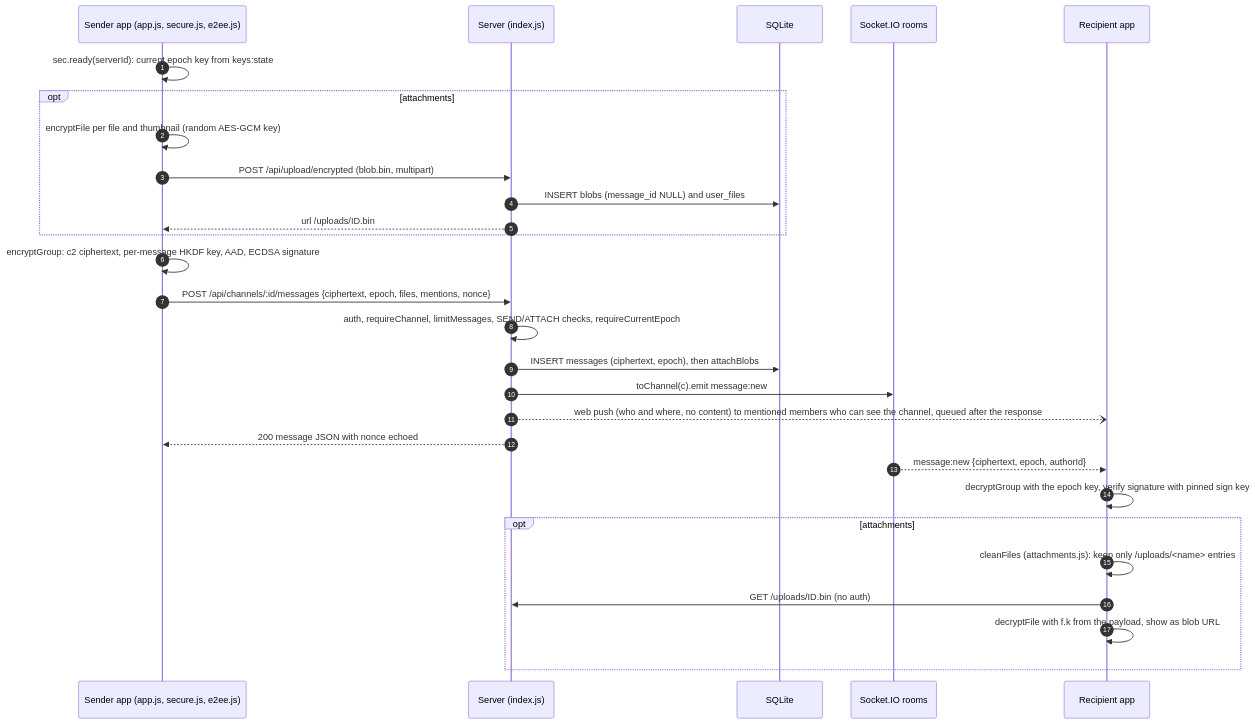
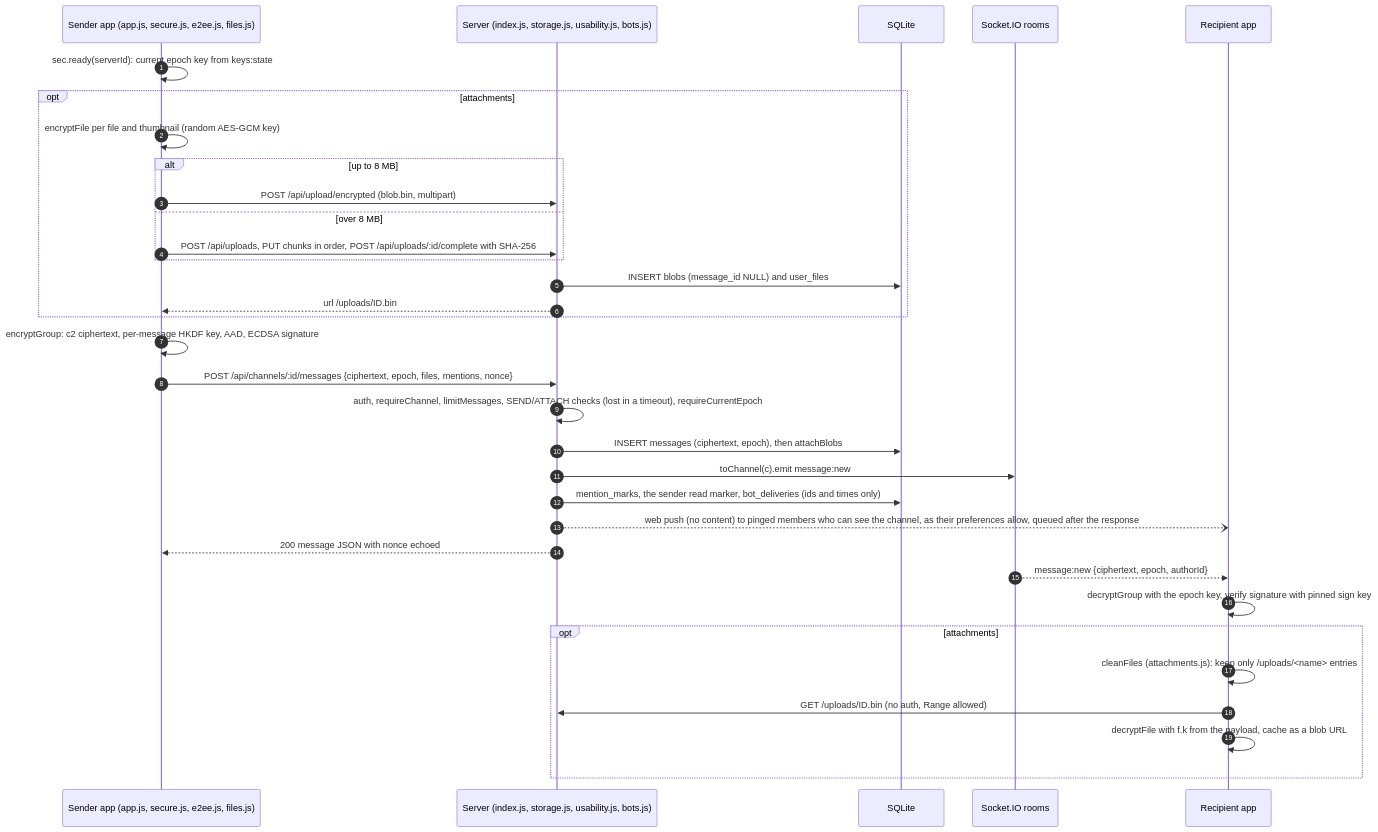
Before and after one commit to Pandabear445/Pandabear445.github.io: the second of 2 diagrams in hearth/docs/ARCHITECTURE.md, drawn with Mermaid. The commit also changed other lines of this file and 5 other files, not shown here.

First line of the commit message:
Docs and safety: architecture and route inventory for schema 18; last DB-touching timers become safe jobs

````diff
--- a/hearth/docs/ARCHITECTURE.md
+++ b/hearth/docs/ARCHITECTURE.md
@@ -106,30 +122,35 @@
 ```mermaid
 sequenceDiagram
   autonumber
-  participant A as Sender app (app.js, secure.js, e2ee.js)
-  participant S as Server (index.js)
+  participant A as Sender app (app.js, secure.js, e2ee.js, files.js)
+  participant S as Server (index.js, storage.js, usability.js, bots.js)
   participant D as SQLite
   participant IO as Socket.IO rooms
   participant B as Recipient app
   A->>A: sec.ready(serverId): current epoch key from keys:state
   opt attachments
     A->>A: encryptFile per file and thumbnail (random AES-GCM key)
-    A->>S: POST /api/upload/encrypted (blob.bin, multipart)
+    alt up to 8 MB
+      A->>S: POST /api/upload/encrypted (blob.bin, multipart)
+    else over 8 MB
+      A->>S: POST /api/uploads, PUT chunks in order, POST /api/uploads/:id/complete with SHA-256
+    end
     S->>D: INSERT blobs (message_id NULL) and user_files
     S-->>A: url /uploads/ID.bin
   end
   A->>A: encryptGroup: c2 ciphertext, per-message HKDF key, AAD, ECDSA signature
   A->>S: POST /api/channels/:id/messages {ciphertext, epoch, files, mentions, nonce}
-  S->>S: auth, requireChannel, limitMessages, SEND/ATTACH checks, requireCurrentEpoch
+  S->>S: auth, requireChannel, limitMessages, SEND/ATTACH checks (lost in a timeout), requireCurrentEpoch
   S->>D: INSERT messages (ciphertext, epoch), then attachBlobs
   S->>IO: toChannel(c).emit message:new
-  S--)B: web push (who and where, no content) to mentioned members who can see the channel, queued after the response
+  S->>D: mention_marks, the sender read marker, bot_deliveries (ids and times only)
+  S--)B: web push (no content) to pinged members who can see the channel, as their preferences allow, queued after the response
   S-->>A: 200 message JSON with nonce echoed
   IO-->>B: message:new {ciphertext, epoch, authorId}
   B->>B: decryptGroup with the epoch key, verify signature with pinned sign key
   opt attachments
     B->>B: cleanFiles (attachments.js): keep only /uploads/<name> entries
-    B->>S: GET /uploads/ID.bin (no auth)
-    B->>B: decryptFile with f.k from the payload, show as blob URL
+    B->>S: GET /uploads/ID.bin (no auth, Range allowed)
+    B->>B: decryptFile with f.k from the payload, cache as a blob URL
   end
 ```
````
